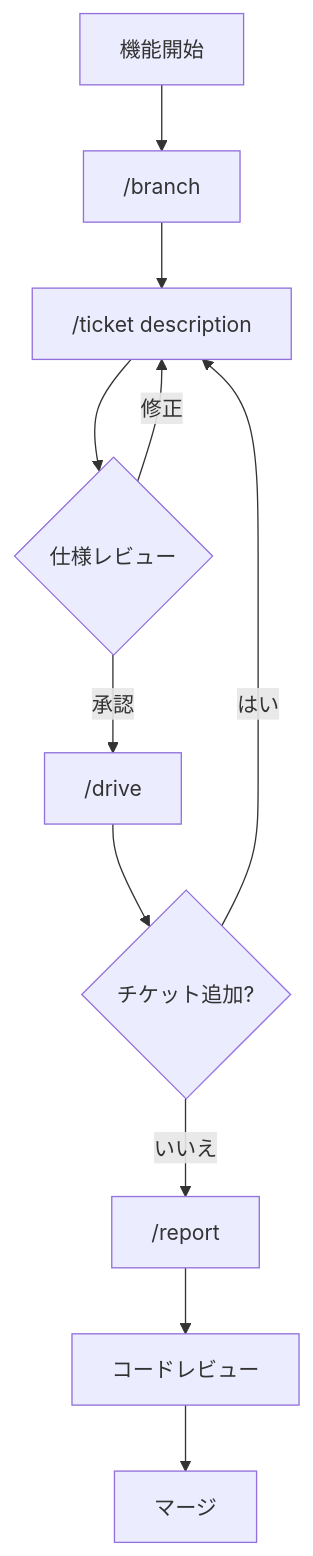
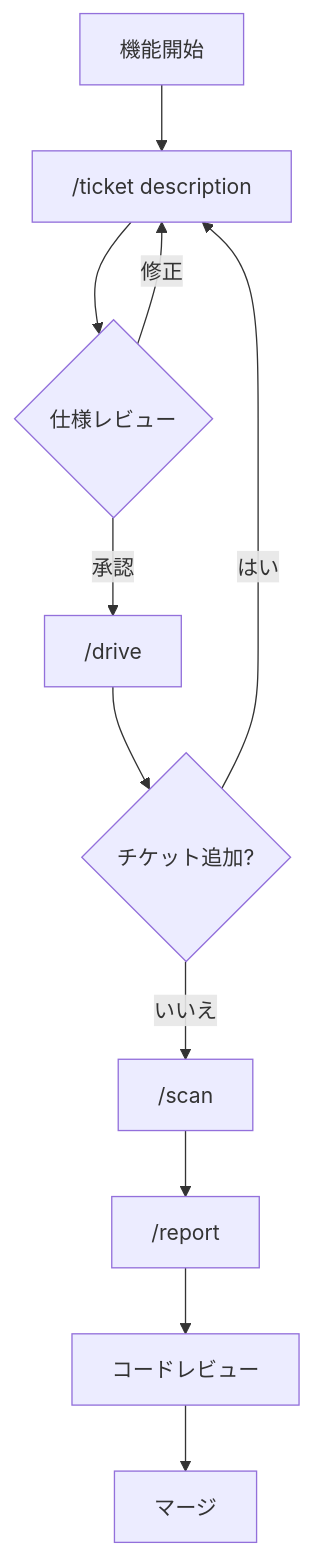
One commit to qmu/workaholic changed the diagram in .workaholic/guides/workflow_ja.md. Above: the diagram before and after it, drawn with Mermaid. The commit also changed other lines of this file and 57 other files, not shown here.

````diff
--- a/.workaholic/guides/workflow_ja.md
+++ b/.workaholic/guides/workflow_ja.md
@@ -23,13 +23,13 @@
 ```mermaid
 flowchart TD
-    A["機能開始"] --> B["/branch"]
-    B --> C["/ticket description"]
+    A["機能開始"] --> C["/ticket description"]
     C --> D{"仕様レビュー"}
     D -->|承認| E["/drive"]
     D -->|修正| C
     E --> F{"チケット追加?"}
     F -->|はい| C
-    F -->|いいえ| G["/report"]
+    F -->|いいえ| S["/scan"]
+    S --> G["/report"]
     G --> H["コードレビュー"]
     H --> I["マージ"]
 ```
````
